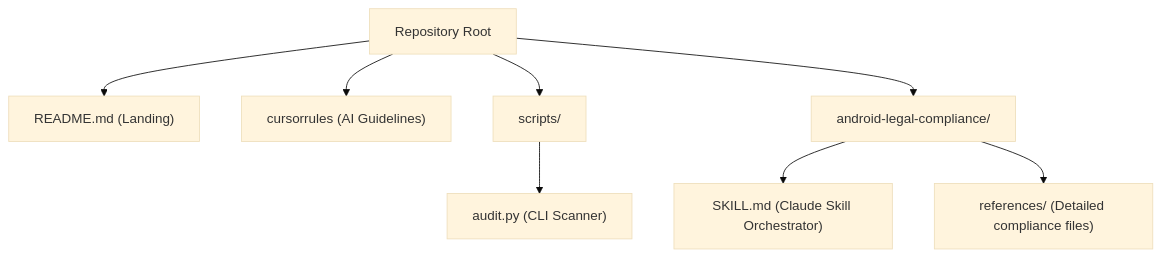
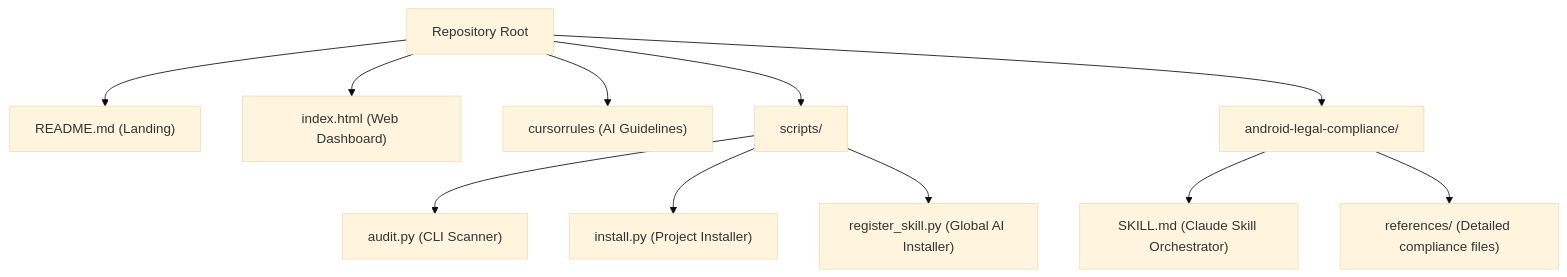
The diagram in README.md (Jaimin-prajapati-ds/android-legal-compliance), drawn with Mermaid (base theme) before and after one commit. The commit also changed other lines of this file and 4 other files, not shown here.

Commit message:
Upgrade repo: add local storage persistence, dynamic Privacy Policy generator to index.html, register_skill.py auto-installer, and recursive scanning to audit.py

````diff
--- a/README.md
+++ b/README.md
@@ -29,10 +29,13 @@
 ```mermaid
 graph TD
     Root["Repository Root"] --> README["README.md (Landing)"]
+    Root --> WebChecklist["index.html (Web Dashboard)"]
     Root --> Rules["cursorrules (AI Guidelines)"]
     Root --> Scripts["scripts/"]
     Scripts --> Audit["audit.py (CLI Scanner)"]
+    Scripts --> Install["install.py (Project Installer)"]
+    Scripts --> Register["register_skill.py (Global AI Installer)"]
     Root --> Skill["android-legal-compliance/"]
     Skill --> SkillMD["SKILL.md (Claude Skill Orchestrator)"]
     Skill --> Refs["references/ (Detailed compliance files)"]
 ```
````
